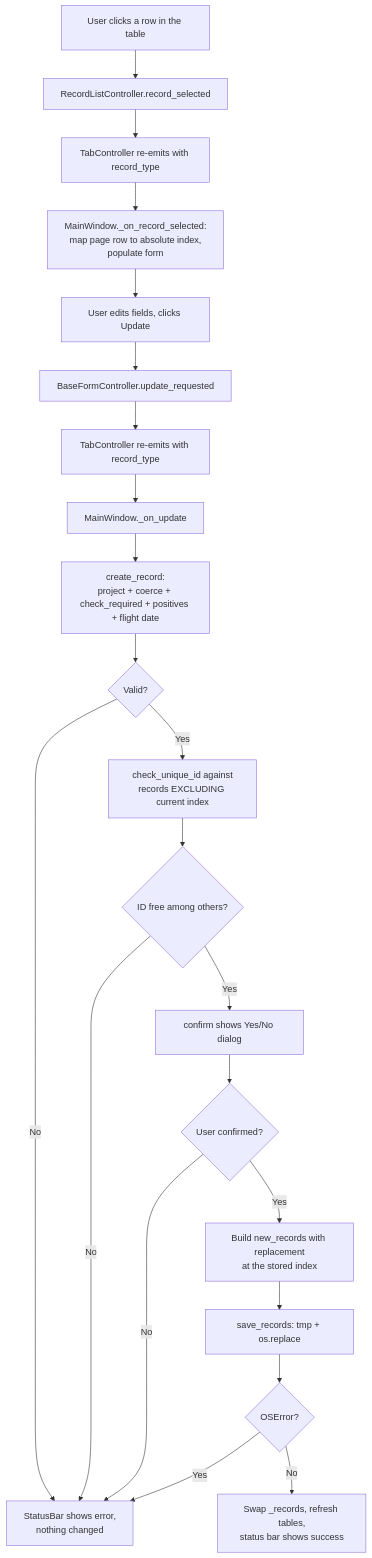
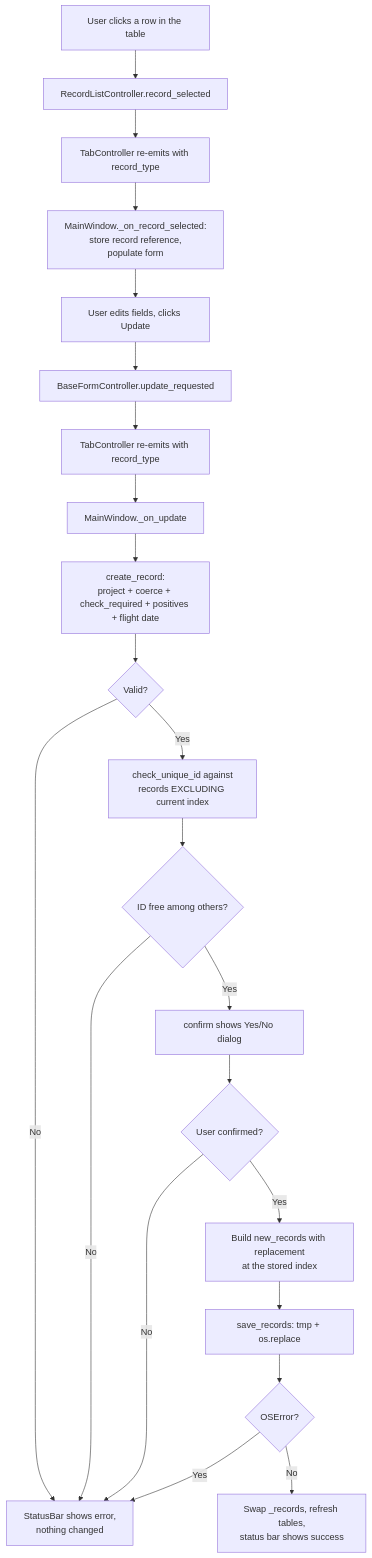
Before and after one commit to richardgong1987/record-management-system: the diagram in docs/design/update-record.md, drawn with Mermaid. The commit also changed other lines of this file and 7 other files, not shown here.

Commit message:
gui: Store selection as a record reference instead of an absolute index.

````diff
--- a/docs/design/update-record.md
+++ b/docs/design/update-record.md
@@ -55,24 +55,24 @@
 ```mermaid
 flowchart TD
     A[User clicks a row in the table] --> B[RecordListController.record_selected]
     B --> C[TabController re-emits with record_type]
-    C --> D[MainWindow._on_record_selected:<br/>map page row to absolute index,<br/>populate form]
+    C --> D[MainWindow._on_record_selected:<br/>store record reference,<br/>populate form]
     D --> E[User edits fields, clicks Update]
     E --> F[BaseFormController.update_requested]
     F --> G[TabController re-emits with record_type]
     G --> H[MainWindow._on_update]
     H --> I[create_record:<br/>project + coerce + check_required + positives + flight date]
     I --> J{Valid?}
     J -- No --> K[StatusBar shows error,<br/>nothing changed]
     J -- Yes --> L[check_unique_id against<br/>records EXCLUDING current index]
     L --> M{ID free among others?}
     M -- No --> K
     M -- Yes --> CONF[confirm shows Yes/No dialog]
     CONF --> CONF_Q{User confirmed?}
     CONF_Q -- No --> K
     CONF_Q -- Yes --> N[Build new_records with replacement<br/>at the stored index]
     N --> O[save_records: tmp + os.replace]
     O --> P{OSError?}
     P -- Yes --> K
     P -- No --> Q[Swap _records, refresh tables,<br/>status bar shows success]
 ```
````
